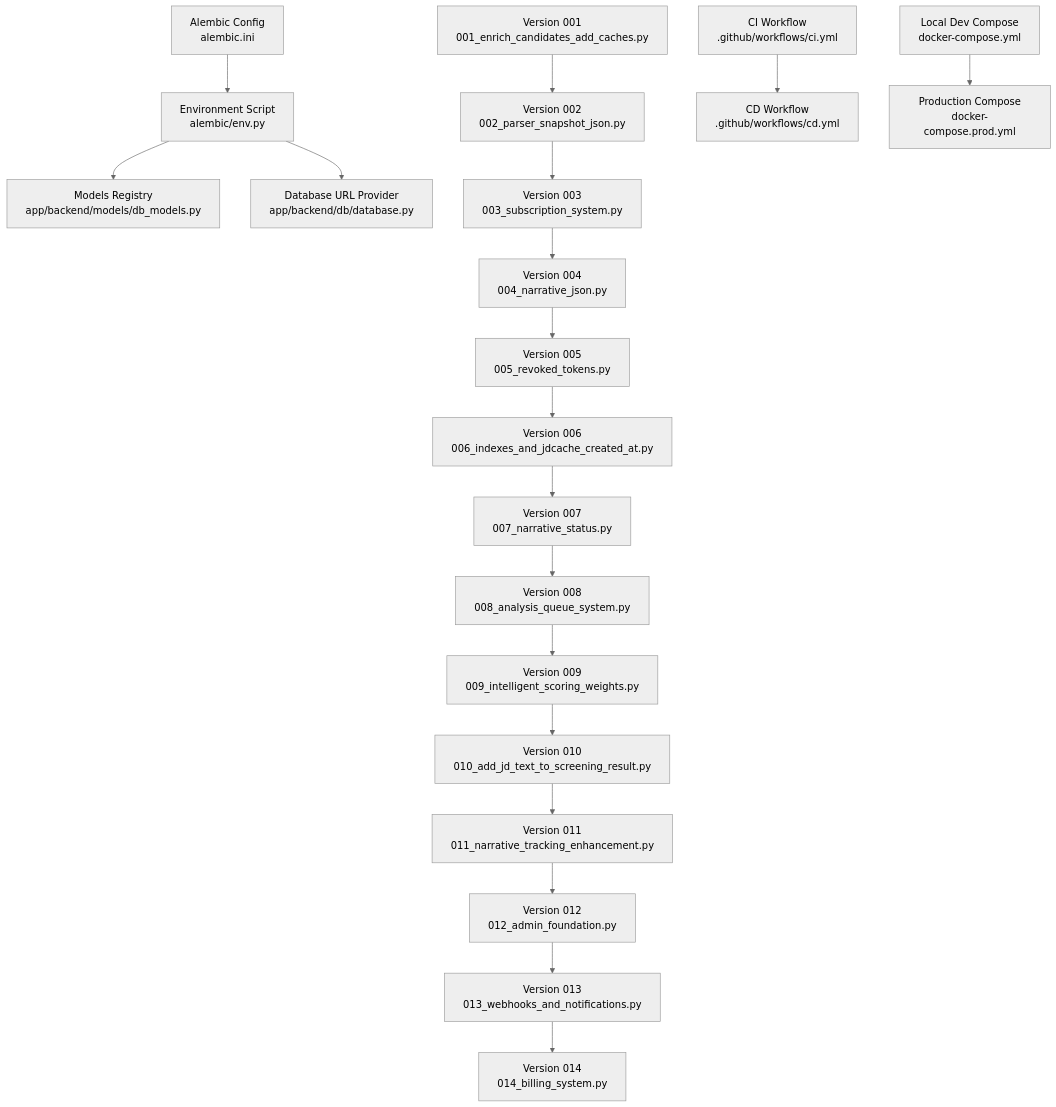
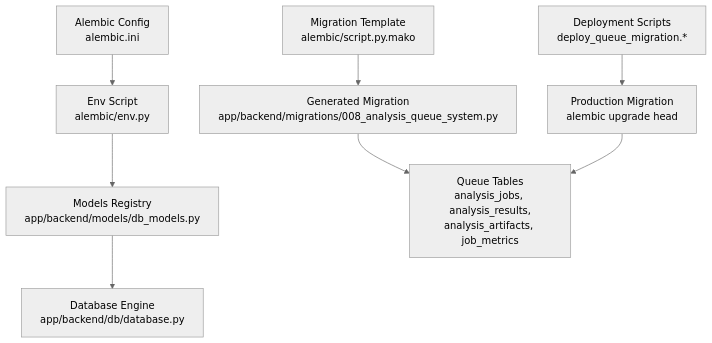
Before and after one commit to Revanththetalogics/aireume: the first of 6 diagrams in .qoder/repowiki/en/content/Database Design/Migration Management.md, drawn with Mermaid (neutral theme). The commit also changed other lines of this file and 15 other files, not shown here.

````diff
--- a/.qoder/repowiki/en/content/Database Design/Migration Management.md
+++ b/.qoder/repowiki/en/content/Database Design/Migration Management.md
@@ -61,21 +39,10 @@
 ```mermaid
 graph TB
-A["Alembic Config<br/>alembic.ini"] --> B["Environment Script<br/>alembic/env.py"]
+A["Alembic Config<br/>alembic.ini"] --> B["Env Script<br/>alembic/env.py"]
 B --> C["Models Registry<br/>app/backend/models/db_models.py"]
-B --> D["Database URL Provider<br/>app/backend/db/database.py"]
-E["Version 001<br/>001_enrich_candidates_add_caches.py"] --> F["Version 002<br/>002_parser_snapshot_json.py"]
-F --> G["Version 003<br/>003_subscription_system.py"]
-G --> H["Version 004<br/>004_narrative_json.py"]
-H --> I["Version 005<br/>005_revoked_tokens.py"]
-I --> J["Version 006<br/>006_indexes_and_jdcache_created_at.py"]
-J --> K["Version 007<br/>007_narrative_status.py"]
-K --> L["Version 008<br/>008_analysis_queue_system.py"]
-L --> M["Version 009<br/>009_intelligent_scoring_weights.py"]
-M --> N["Version 010<br/>010_add_jd_text_to_screening_result.py"]
-N --> O["Version 011<br/>011_narrative_tracking_enhancement.py"]
-O --> P["Version 012<br/>012_admin_foundation.py"]
-P --> Q["Version 013<br/>013_webhooks_and_notifications.py"]
-Q --> R["Version 014<br/>014_billing_system.py"]
-S["CI Workflow<br/>.github/workflows/ci.yml"] --> T["CD Workflow<br/>.github/workflows/cd.yml"]
-U["Local Dev Compose<br/>docker-compose.yml"] --> V["Production Compose<br/>docker-compose.prod.yml"]
+C --> D["Database Engine<br/>app/backend/db/database.py"]
+E["Migration Template<br/>alembic/script.py.mako"] --> F["Generated Migration<br/>app/backend/migrations/008_analysis_queue_system.py"]
+F --> G["Queue Tables<br/>analysis_jobs, analysis_results,<br/>analysis_artifacts, job_metrics"]
+H["Deployment Scripts<br/>deploy_queue_migration.*"] --> I["Production Migration<br/>alembic upgrade head"]
+I --> G
 ```
````
